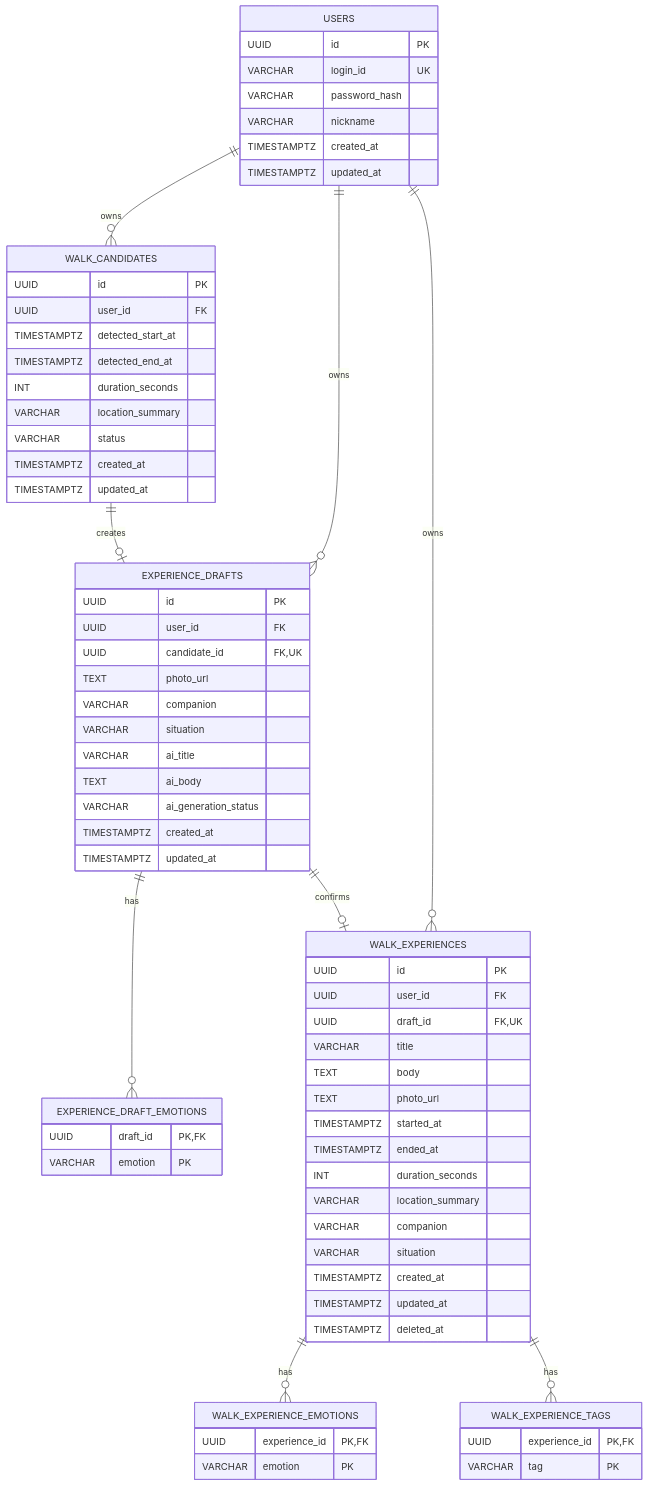
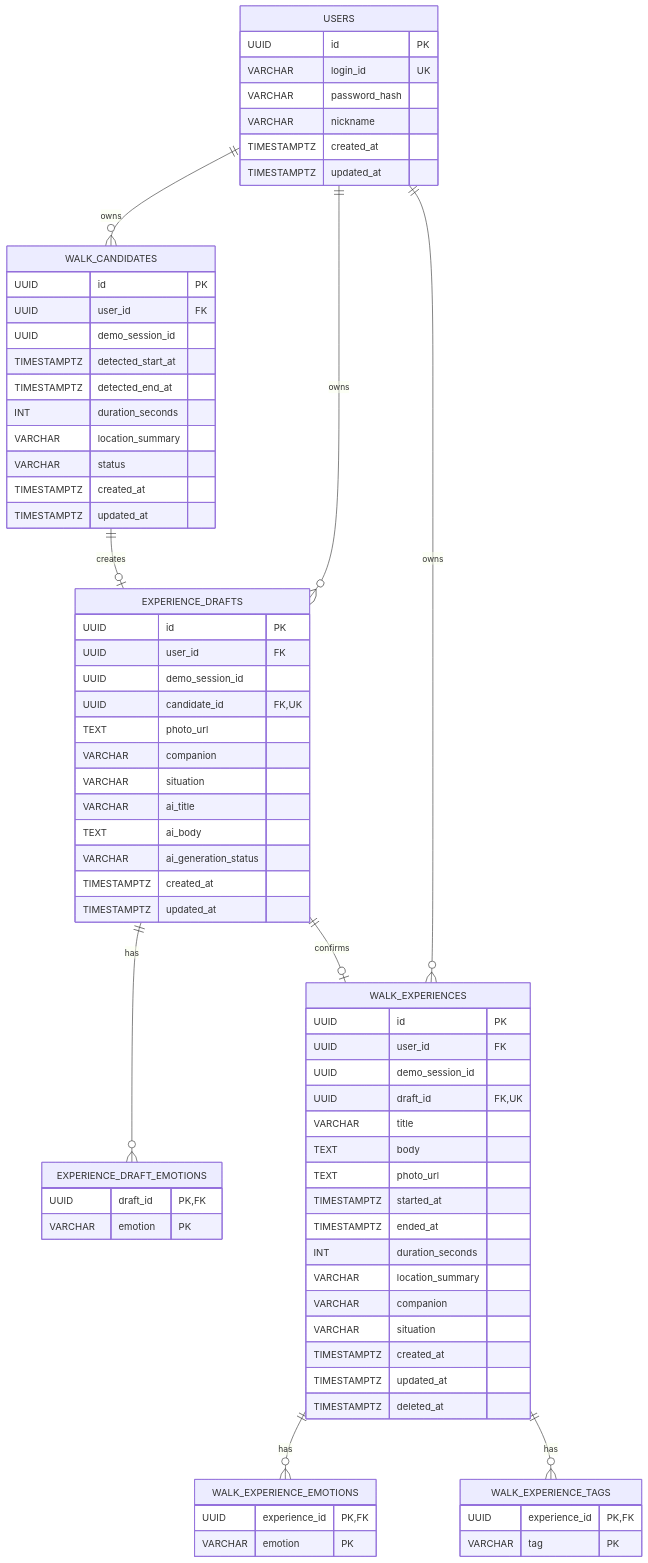
Before and after one commit to likelion-mowa/mowa-backend: the diagram in docs/erd.md, drawn with Mermaid. The commit also changed other lines of this file and 2 other files, not shown here.

```diff
--- a/docs/erd.md
+++ b/docs/erd.md
@@ -44,6 +46,7 @@
     WALK_CANDIDATES {
         UUID id PK
         UUID user_id FK
+        UUID demo_session_id
         TIMESTAMPTZ detected_start_at
         TIMESTAMPTZ detected_end_at
         INT duration_seconds
@@ -56,6 +59,7 @@
     EXPERIENCE_DRAFTS {
         UUID id PK
         UUID user_id FK
+        UUID demo_session_id
         UUID candidate_id FK, UK
         TEXT photo_url
         VARCHAR companion
@@ -75,6 +79,7 @@
     WALK_EXPERIENCES {
         UUID id PK
         UUID user_id FK
+        UUID demo_session_id
         UUID draft_id FK, UK
         VARCHAR title
         TEXT body
```
